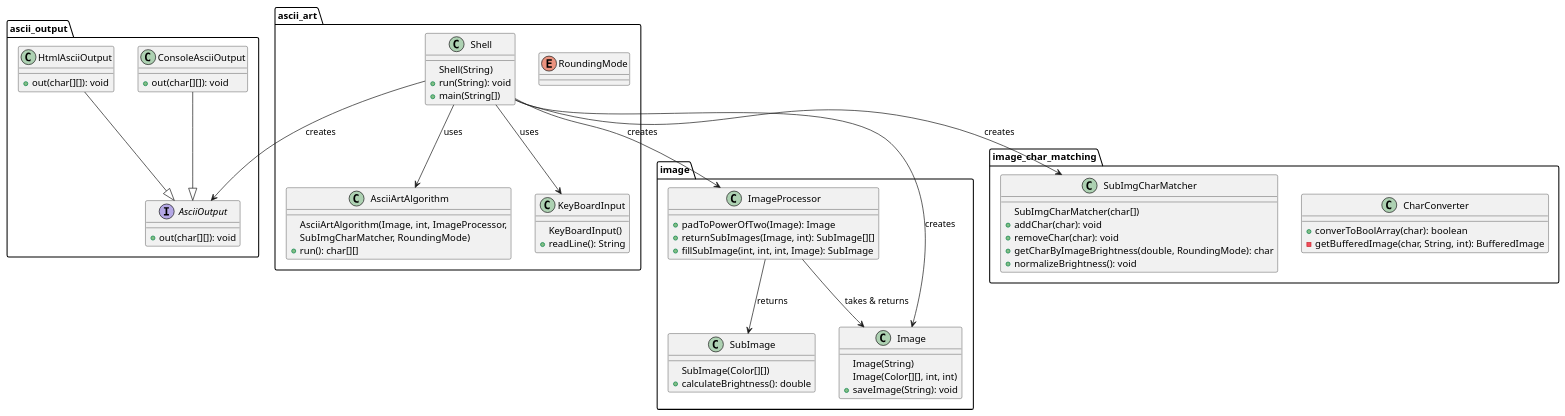
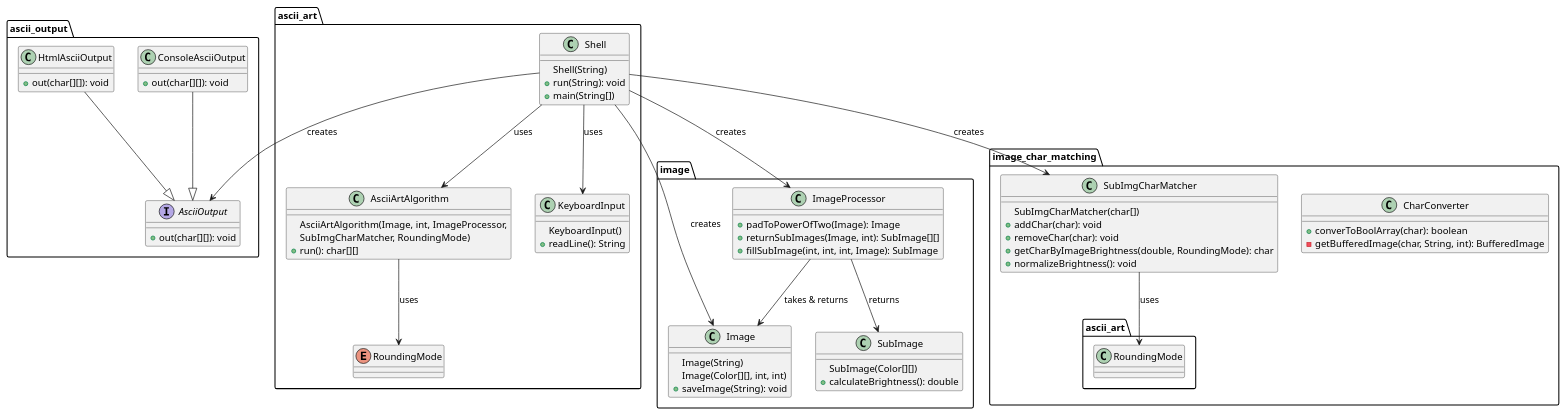
The diagram in diagram.puml (ishay2k/ex_3_ishay_maoz), drawn with PlantUML before and after one commit. The commit also changed 10 other files, not shown here.

Commit message:
update diagram and add documenteaion

```diff
--- a/diagram.puml
+++ b/diagram.puml
@@ -1,85 +1,89 @@
 @startuml
 
 package "ascii_output"{
     interface AsciiOutput{
         +out(char[][]): void
     }
 
     class ConsoleAsciiOutput{
         +out(char[][]): void
     }
 
     class HtmlAsciiOutput{
         +out(char[][]): void
     }
 
     ConsoleAsciiOutput --|> AsciiOutput
     HtmlAsciiOutput --|> AsciiOutput
 }
 
 package "image"{
     class Image{
         Image(String)
         Image(Color[][], int, int)
         +saveImage(String): void
     }
 
     class ImageProcessor{
         +padToPowerOfTwo(Image): Image
         +returnSubImages(Image, int): SubImage[][]
         +fillSubImage(int, int, int, Image): SubImage
     }
 
     class SubImage{
         SubImage(Color[][])
         +calculateBrightness(): double
     }
 
     ImageProcessor --> Image : takes & returns
     ImageProcessor --> SubImage : returns
 }
 
 package "image_char_matching"{
     class CharConverter{
         +converToBoolArray(char): boolean
         -getBufferedImage(char, String, int): BufferedImage
     }
 
     class SubImgCharMatcher{
         SubImgCharMatcher(char[])
         +addChar(char): void
         +removeChar(char): void
         +getCharByImageBrightness(double, RoundingMode): char
         +normalizeBrightness(): void
     }
+    SubImgCharMatcher --> ascii_art.RoundingMode : uses
+
 }
 
 package "ascii_art"{
     enum RoundingMode
     class AsciiArtAlgorithm{
         AsciiArtAlgorithm(Image, int, ImageProcessor,
         SubImgCharMatcher, RoundingMode)
         +run(): char[][]
     }
 
-    class KeyBoardInput{
-        KeyBoardInput()
+    class KeyboardInput{
+        KeyboardInput()
         +readLine(): String
     }
 
     class Shell{
         Shell(String)
         +run(String): void
         +main(String[])
     }
 
     Shell --> AsciiArtAlgorithm: uses
-    Shell --> KeyBoardInput: uses
+    Shell --> KeyboardInput: uses
     Shell --> Image: creates
     Shell --> ImageProcessor: creates
     Shell --> SubImgCharMatcher: creates
     Shell --> AsciiOutput: creates
+    AsciiArtAlgorithm --> RoundingMode : uses
+
 
 }
 
 @enduml
```
